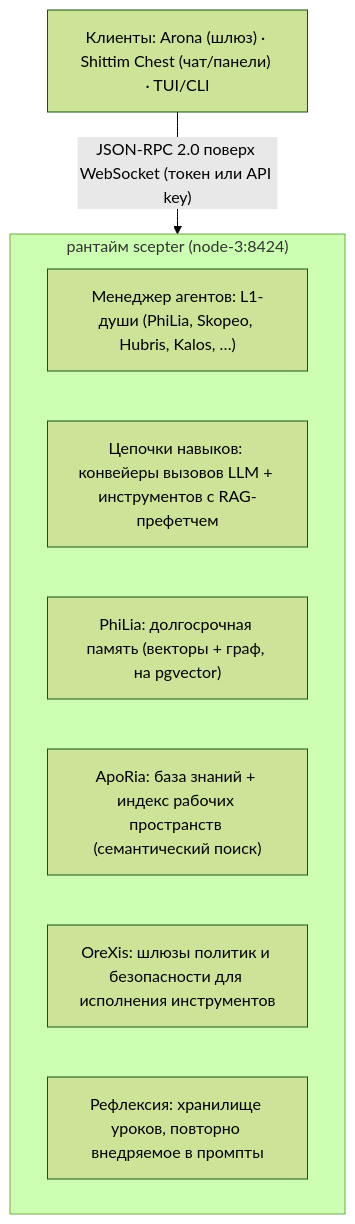
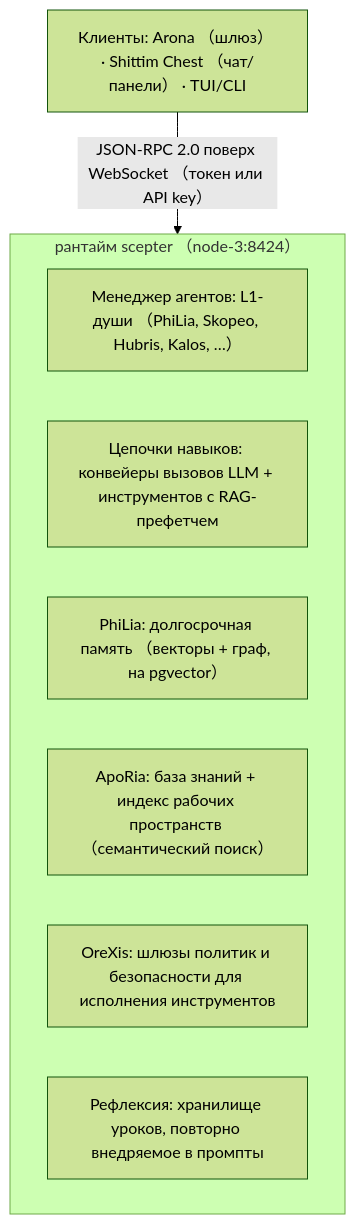
Before and after one commit to celestia-island/docs.celestia.world: the diagram in docs/ru/platforms/entelecheia.md, drawn with Mermaid (forest theme). The commit also changed 35 other files, not shown here.

First line of the commit message:
📝 Convert ASCII parentheses in mermaid fences to fullwidth across languages. (#96)

````diff
--- a/docs/ru/platforms/entelecheia.md
+++ b/docs/ru/platforms/entelecheia.md
@@ -12,13 +12,13 @@
 ```mermaid
 flowchart TD
-    C["Клиенты: Arona (шлюз) · Shittim Chest (чат/панели) · TUI/CLI"]
-    subgraph G["рантайм scepter (node-3:8424)"]
-        N0["Менеджер агентов: L1-души (PhiLia, Skopeo, Hubris, Kalos, …)"]
+    C["Клиенты: Arona （шлюз） · Shittim Chest （чат/панели） · TUI/CLI"]
+    subgraph G["рантайм scepter （node-3:8424）"]
+        N0["Менеджер агентов: L1-души （PhiLia, Skopeo, Hubris, Kalos, …）"]
         N1["Цепочки навыков: конвейеры вызовов LLM + инструментов с RAG-префетчем"]
-        N2["PhiLia: долгосрочная память (векторы + граф, на pgvector)"]
-        N3["ApoRia: база знаний + индекс рабочих пространств (семантический поиск)"]
+        N2["PhiLia: долгосрочная память （векторы + граф, на pgvector）"]
+        N3["ApoRia: база знаний + индекс рабочих пространств （семантический поиск）"]
         N4["OreXis: шлюзы политик и безопасности для исполнения инструментов"]
         N5["Рефлексия: хранилище уроков, повторно внедряемое в промпты"]
     end
-    C -->|"JSON-RPC 2.0 поверх WebSocket (токен или API key)"| G
+    C -->|"JSON-RPC 2.0 поверх WebSocket （токен или API key）"| G
 ```
````
